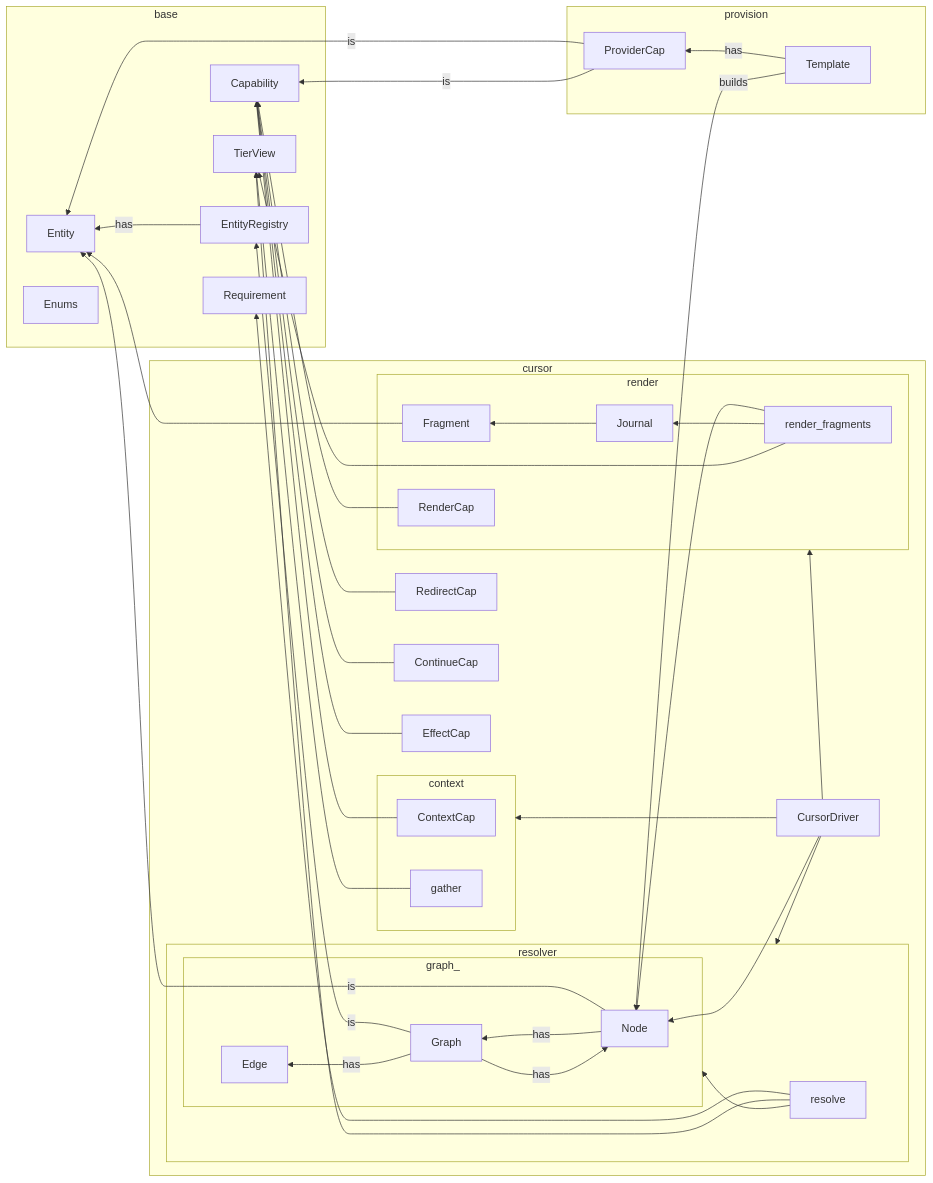
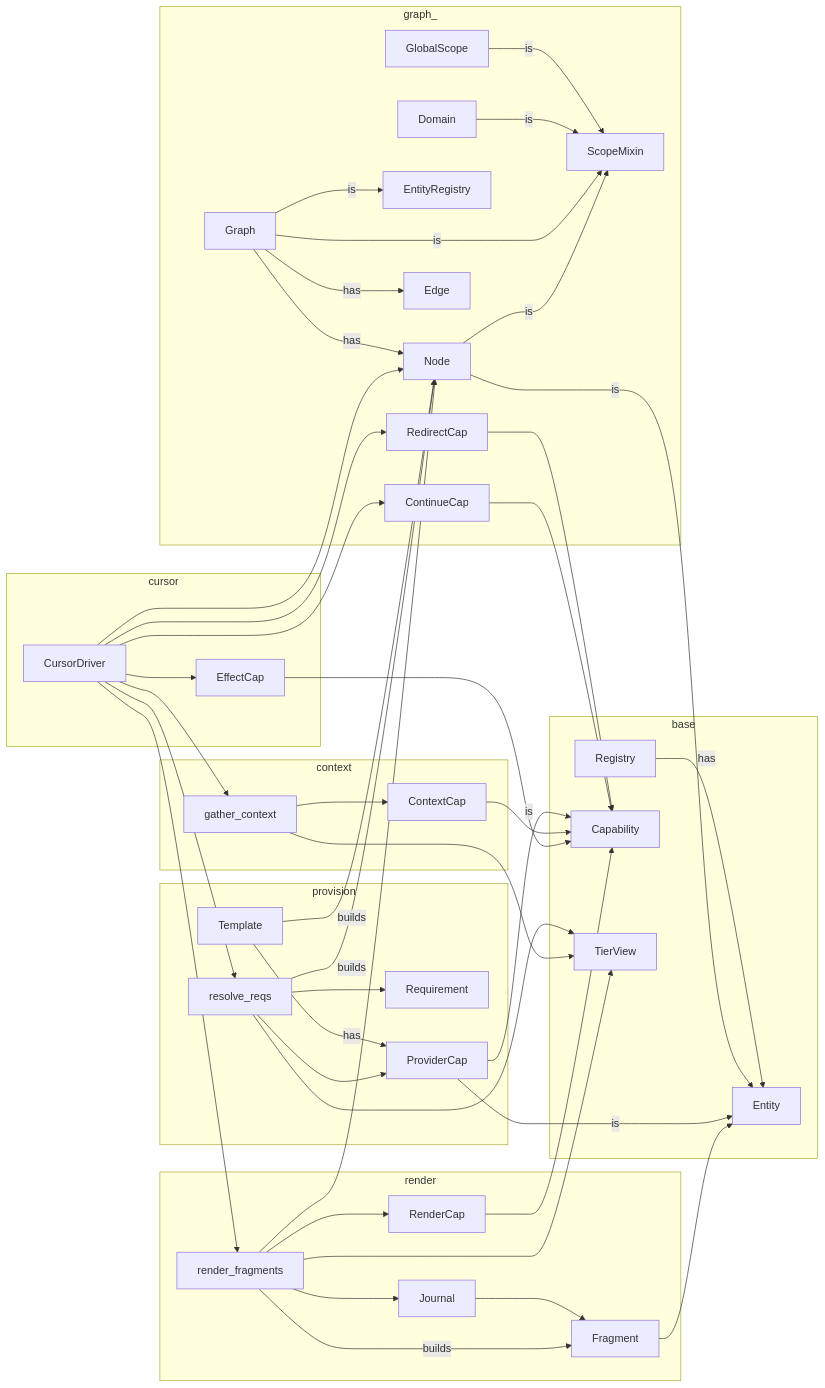
The diagram in engine/src/tangl33/core/notes.md (derekmerck/storytangl), drawn with Mermaid before and after one commit. The commit also changed other lines of this file and 8 other files, not shown here.

````diff
--- a/engine/src/tangl33/core/notes.md
+++ b/engine/src/tangl33/core/notes.md
@@ -31,57 +29,62 @@
 ```mermaid
-flowchart RL
+flowchart LR
     subgraph base 
         Entity
-        Enums
-        EntityRegistry -- has --> Entity
+        Registry -- has --> Entity
         Capability
-        Requirement
         TierView
     end
 
     subgraph graph_
+        GlobalScope -- is --> ScopeMixin
+        Domain -- is --> ScopeMixin
+        Graph -- is --> EntityRegistry
+        Graph -- is --> ScopeMixin
+        Graph -- has --> Node
+        Graph -- has --> Edge
         Node -- is --> Entity
-        Node -- has --> Graph
-        Graph -- has --> Node
-        Graph -- is --> EntityRegistry
-        Graph -- has --> Edge
-        Edge
+        Node -- is --> ScopeMixin
+        RedirectCap --> Capability
+        ContinueCap --> Capability
     end
 
     subgraph provision
+        Requirement
         ProviderCap -- is --> Entity
         ProviderCap -- is --> Capability
         Template  -- has --> ProviderCap
         Template -- builds --> Node
+        resolve_reqs --> ProviderCap
+        resolve_reqs --> Requirement
+        resolve_reqs -- builds --> Node
+        resolve_reqs --> TierView
     end
  
-    subgraph resolver
-        resolve --> Requirement
-        resolve --> graph_
-        resolve --> TierView
-    end
-
     subgraph context
         ContextCap --> Capability
-        gather --> TierView
+        gather_context --> TierView
+        gather_context --> ContextCap
     end
 
     subgraph render
         RenderCap --> Capability
         Fragment --> Entity
         Journal --> Fragment
         render_fragments --> Node
+        render_fragments --> RenderCap
+        render_fragments -- builds --> Fragment
         render_fragments --> Journal
         render_fragments --> TierView
     end
 
     subgraph cursor
-        RedirectCap --> Capability
-        ContinueCap --> Capability
         EffectCap --> Capability
         CursorDriver --> Node
-        CursorDriver --> resolver
-        CursorDriver --> context
-        CursorDriver --> render
+        CursorDriver --> resolve_reqs
+        CursorDriver --> gather_context
+        CursorDriver --> render_fragments
+        CursorDriver --> RedirectCap
+        CursorDriver --> ContinueCap
+        CursorDriver --> EffectCap
     end
 ```
````
